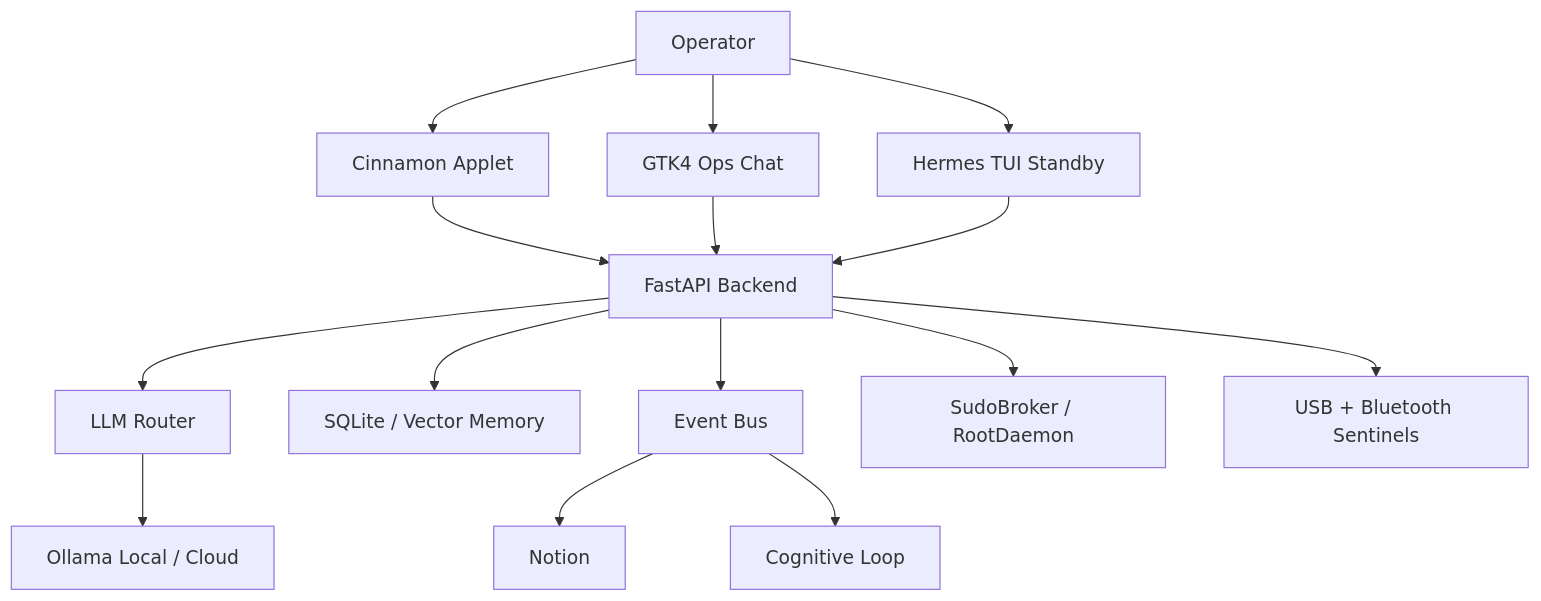
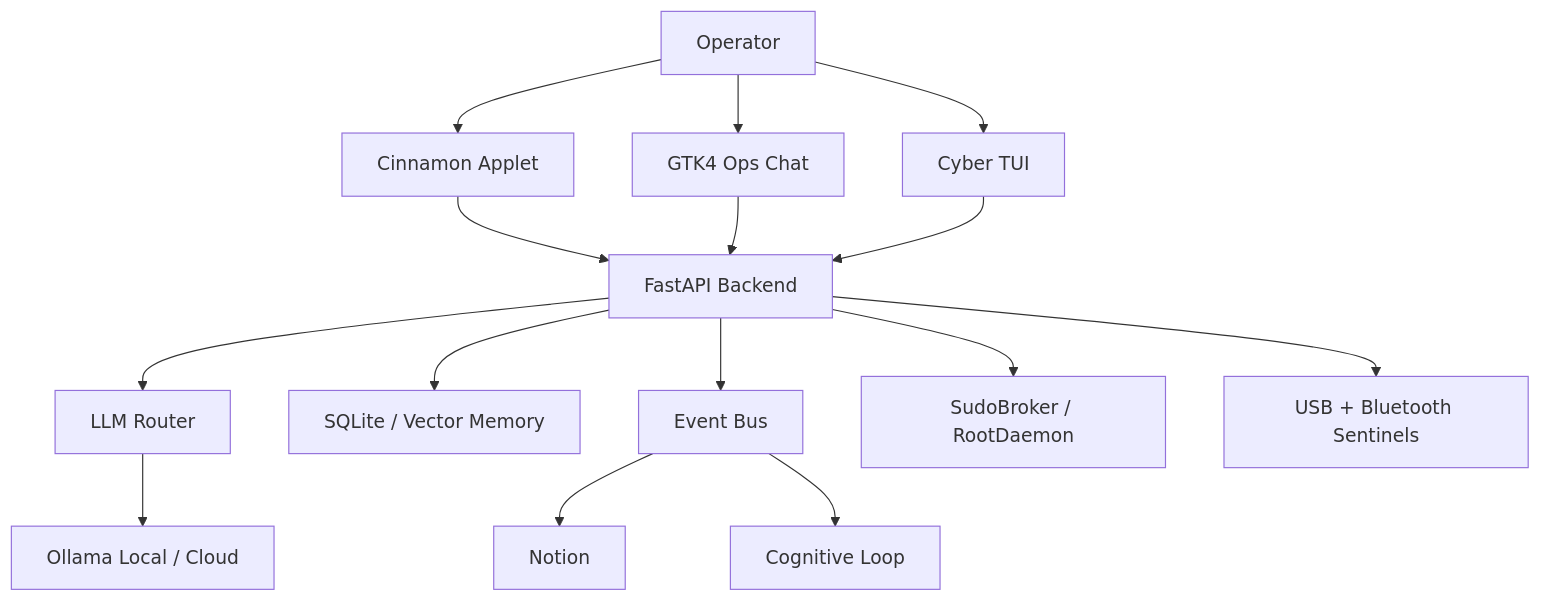
The diagram in README.md (zeusinfra/NEXUS), drawn with Mermaid before and after one commit. The commit also changed 4 other files, not shown here.

Commit message:
chore(tui): remove hermes launcher

````diff
--- a/README.md
+++ b/README.md
@@ -66,20 +66,20 @@
 ```mermaid
 flowchart TD
     Operator[Operator] --> Applet[Cinnamon Applet]
     Operator --> GTK[GTK4 Ops Chat]
-    Operator --> TUI[Hermes TUI Standby]
+    Operator --> TUI[Cyber TUI]
 
     Applet --> API[FastAPI Backend]
     GTK --> API
     TUI --> API
 
     API --> LLM[LLM Router]
     API --> Memory[SQLite / Vector Memory]
     API --> Events[Event Bus]
     API --> Security[SudoBroker / RootDaemon]
     API --> Peripherals[USB + Bluetooth Sentinels]
 
     Events --> Notion[Notion]
     Events --> Cognition[Cognitive Loop]
     LLM --> Ollama[Ollama Local / Cloud]
 ```
````
